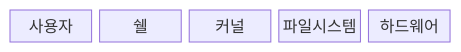
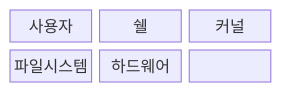
The first of 2 diagrams in src/content/docs/notes/03-software/023_unix_kernel_shell.md (agnusdei1207/knowledge-base), drawn with Mermaid before and after one commit. The commit also changed other lines of this file and 238 other files, not shown here.

````diff
--- a/src/content/docs/notes/03-software/023_unix_kernel_shell.md
+++ b/src/content/docs/notes/03-software/023_unix_kernel_shell.md
@@ -64,9 +64,11 @@
 ```mermaid
-block
-  columns 5
+block-beta
+  columns 3
   U["사용자"]
   S["쉘"]
   K["커널"]
   F["파일시스템"]
   H["하드웨어"]
+  U --- S --- K
+  K --- F --- H
 ```
````
